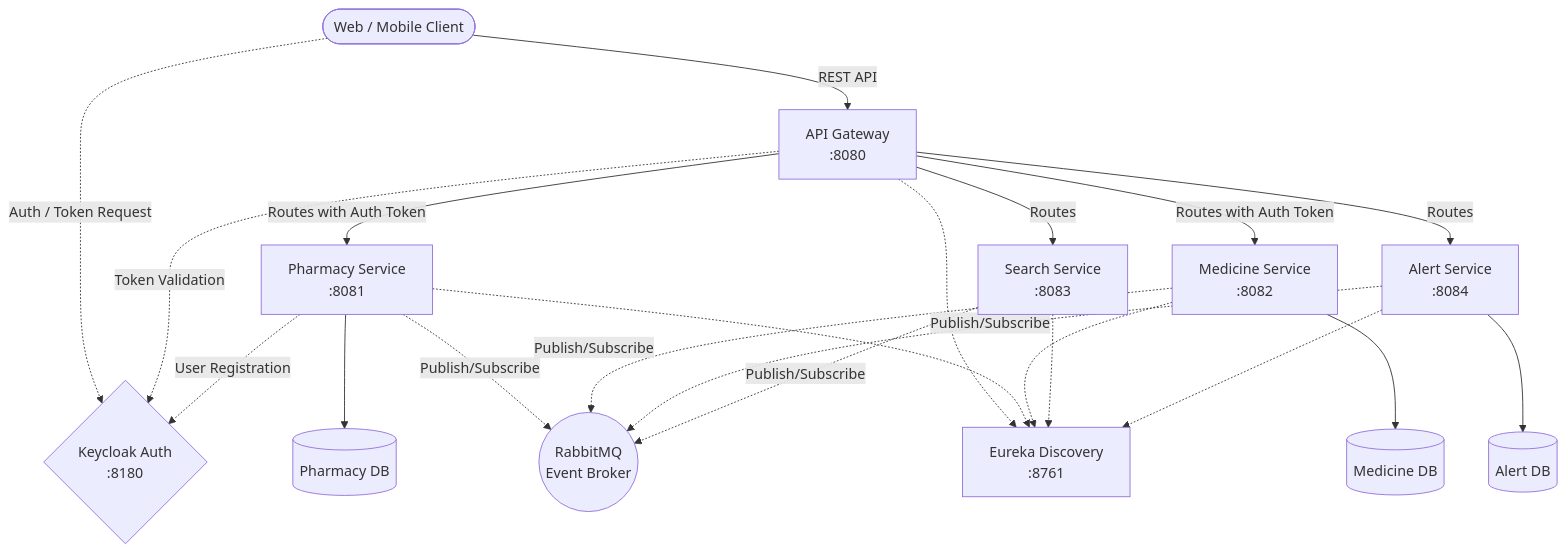
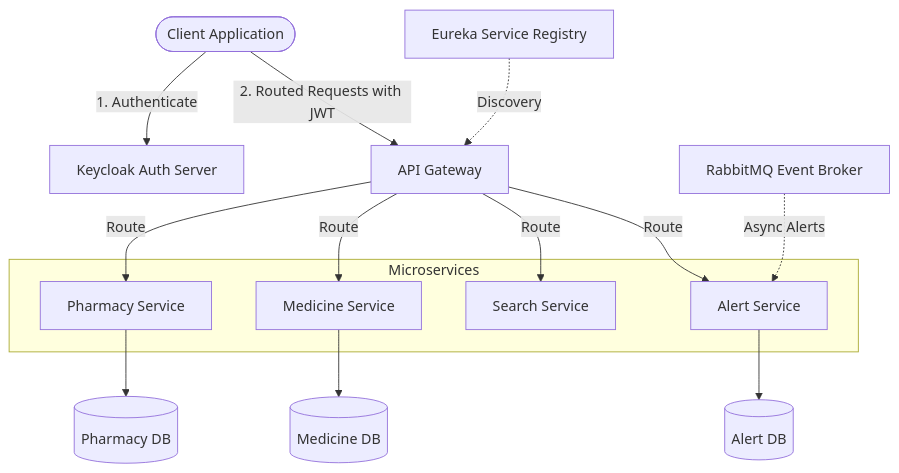
Before and after one commit to Pabodha-Wann/PillPulse: the diagram in backend/README.md, drawn with Mermaid. The commit also changed other lines of this file and 3 other files, not shown here.

````diff
--- a/backend/README.md
+++ b/backend/README.md
@@ -9,52 +11,29 @@
 ```mermaid
 graph TD
-    %% Clients
-    Client([Web / Mobile Client])
-    
-    %% Core Infrastructure
-    Gateway[API Gateway<br>:8080]
-    Eureka[Eureka Discovery<br>:8761]
-    Keycloak{Keycloak Auth<br>:8180}
-    RabbitMQ((RabbitMQ<br>Event Broker))
-    
-    %% Microservices
-    Pharmacy[Pharmacy Service<br>:8081]
-    Medicine[Medicine Service<br>:8082]
-    Search[Search Service<br>:8083]
-    Alert[Alert Service<br>:8084]
-    
+    %% Clients & Authentication Gateway
+    Client([Client Application]) -->|1. Authenticate| Keycloak[Keycloak Auth Server]
+    Client -->|2. Routed Requests with JWT| Gateway[API Gateway]
+
+    %% Microservices Layer
+    subgraph Microservices
+        Pharmacy[Pharmacy Service]
+        Medicine[Medicine Service]
+        Search[Search Service]
+        Alert[Alert Service]
+    end
+
+    %% Routing
+    Gateway -->|Route| Pharmacy
+    Gateway -->|Route| Medicine
+    Gateway -->|Route| Search
+    Gateway -->|Route| Alert
+
     %% Databases
-    DB_Pharm[(Pharmacy DB)]
-    DB_Med[(Medicine DB)]
-    DB_Alert[(Alert DB)]
+    Pharmacy --> DB_Pharm[(Pharmacy DB)]
+    Medicine --> DB_Med[(Medicine DB)]
+    Alert --> DB_Alert[(Alert DB)]
 
-    %% Connections
-    Client -->|REST API| Gateway
-    Client -.->|Auth / Token Request| Keycloak
-    
-    Gateway -->|Routes with Auth Token| Pharmacy
-    Gateway -->|Routes with Auth Token| Medicine
-    Gateway -->|Routes| Search
-    Gateway -->|Routes| Alert
-    
-    Gateway -.->|Token Validation| Keycloak
-    Pharmacy -.->|User Registration| Keycloak
-    
-    %% DB Connections
-    Pharmacy --> DB_Pharm
-    Medicine --> DB_Med
-    Alert --> DB_Alert
-    
-    %% Async Messaging
-    Pharmacy -.->|Publish/Subscribe| RabbitMQ
-    Medicine -.->|Publish/Subscribe| RabbitMQ
-    Alert -.->|Publish/Subscribe| RabbitMQ
-    Search -.->|Publish/Subscribe| RabbitMQ
-    
-    %% Service Discovery
-    Gateway -.-> Eureka
-    Pharmacy -.-> Eureka
-    Medicine -.-> Eureka
-    Search -.-> Eureka
-    Alert -.-> Eureka
+    %% Event Bus & Registry
+    Registry[Eureka Service Registry] -.->|Discovery| Gateway
+    EventBus[RabbitMQ Event Broker] -.->|Async Alerts| Alert
 ```
````
